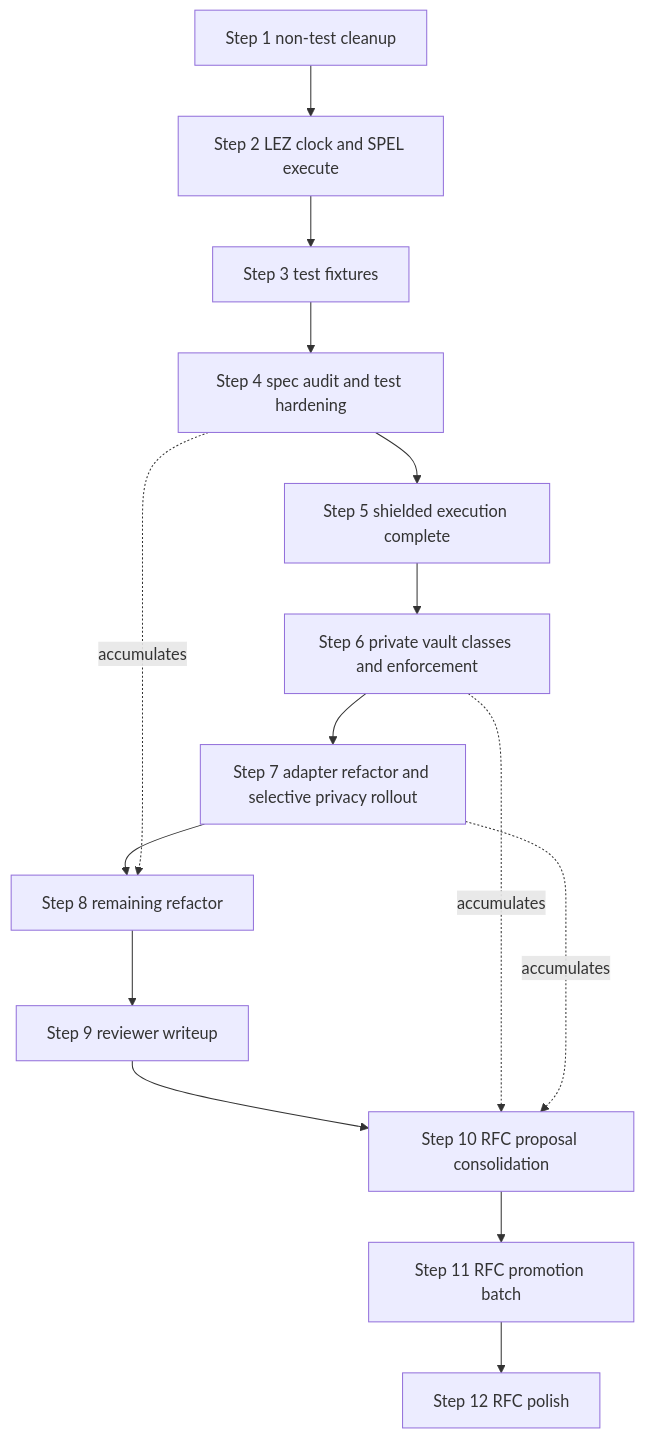
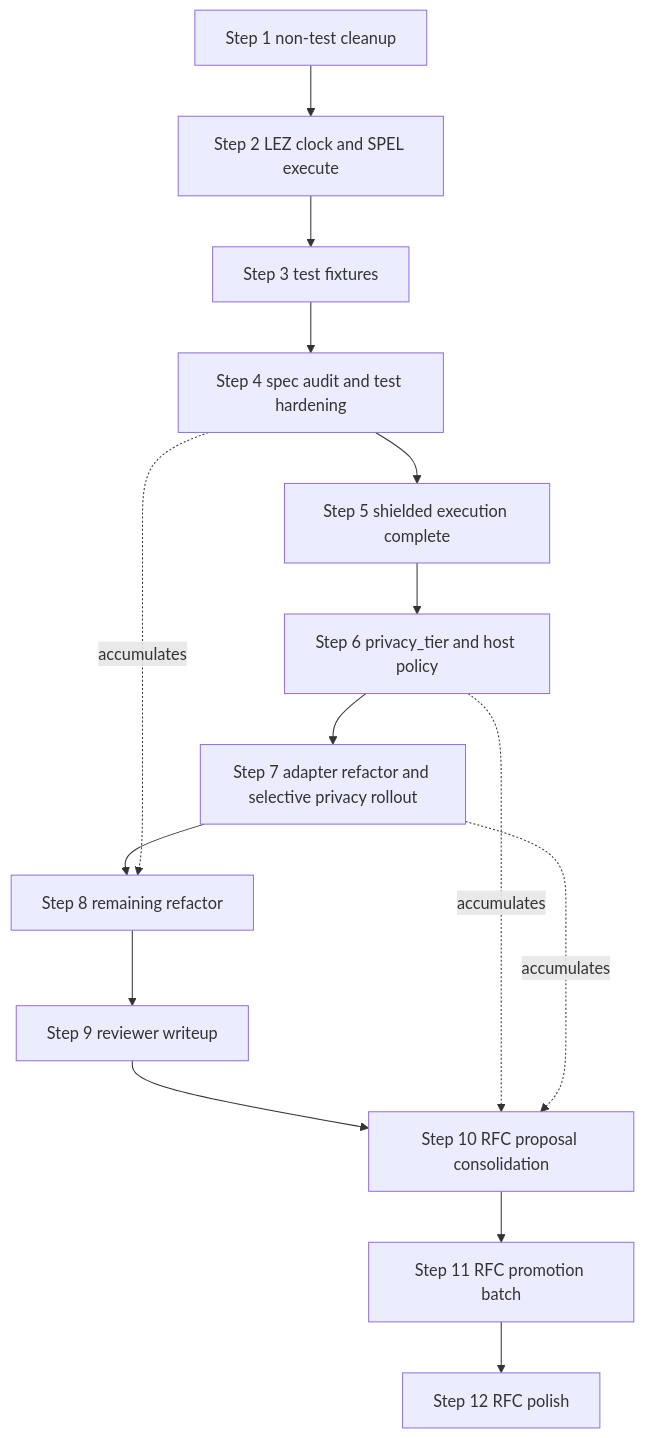
One commit to logos-co/lez-payment-streams changed the diagram in plan.md. Above: the diagram before and after it, drawn with Mermaid. The commit also changed other lines of this file and 24 other files, not shown here.

Commit message:
implement privacy tier on vault and harness PP policy

````diff
--- a/plan.md
+++ b/plan.md
@@ -145,17 +145,17 @@
 ```mermaid
 flowchart TD
     S1[Step 1 non-test cleanup] --> S2[Step 2 LEZ clock and SPEL execute]
     S2 --> S3[Step 3 test fixtures]
     S3 --> S4[Step 4 spec audit and test hardening]
     S4 --> S5[Step 5 shielded execution complete]
-    S5 --> S6[Step 6 private vault classes and enforcement]
+    S5 --> S6[Step 6 privacy_tier and host policy]
     S6 --> S7[Step 7 adapter refactor and selective privacy rollout]
     S7 --> S8[Step 8 remaining refactor]
     S8 --> S9[Step 9 reviewer writeup]
     S9 --> S10[Step 10 RFC proposal consolidation]
     S10 --> S11[Step 11 RFC promotion batch]
     S11 --> S12[Step 12 RFC polish]
     S4 -. accumulates .-> S8
     S6 -. accumulates .-> S10
     S7 -. accumulates .-> S10
 ```
````
